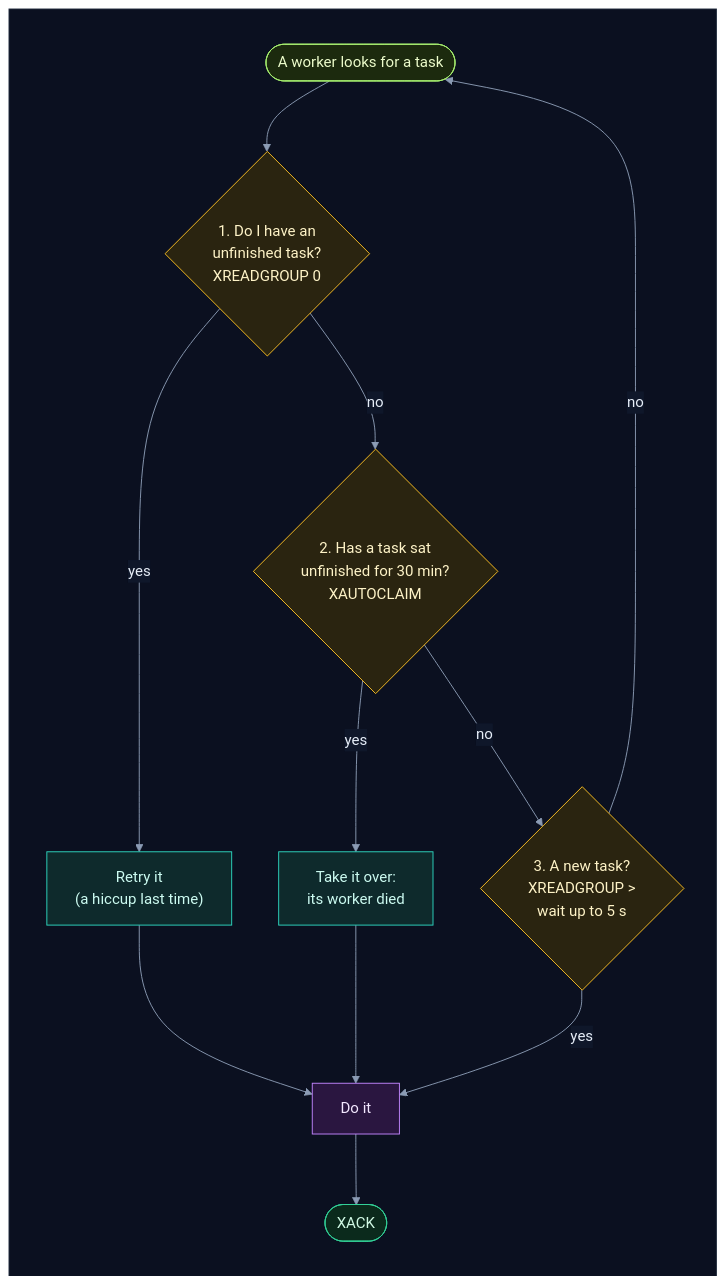
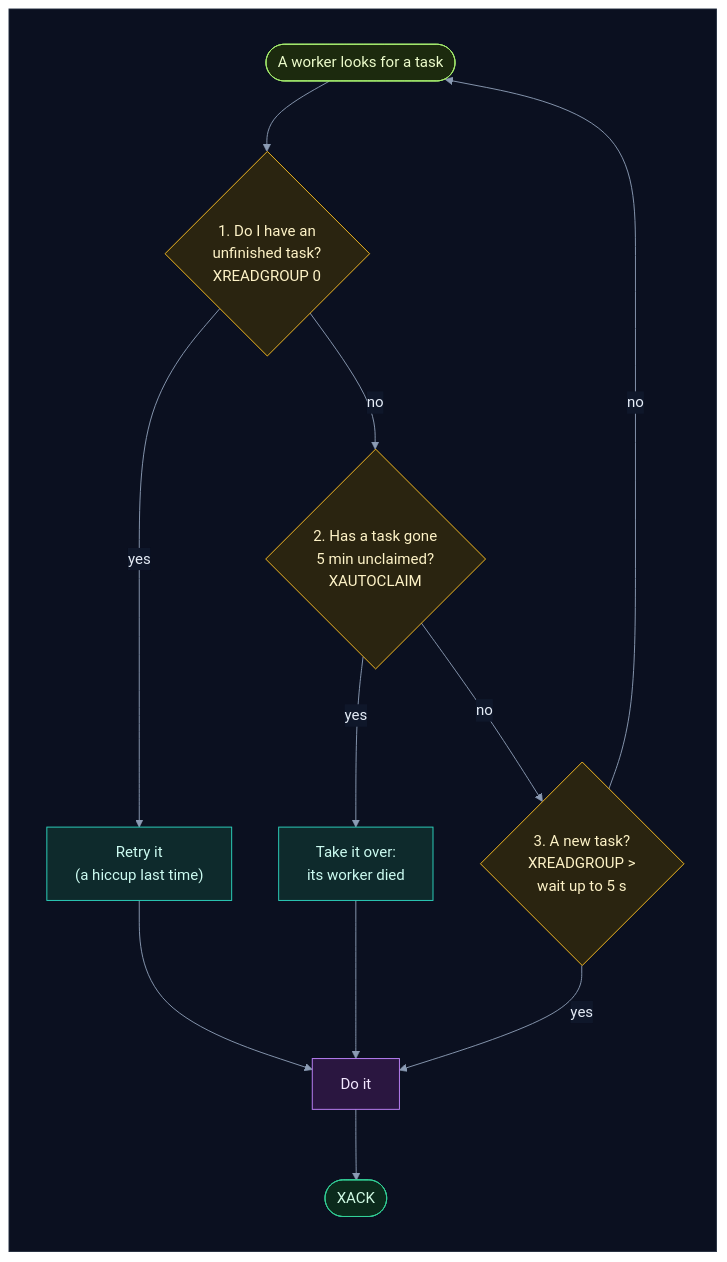
Before and after one commit to selvakumarperumal/Regulatory_Circular_Impact_Agent: the seventh of 14 diagrams in how_the_worker_works.md, drawn with Mermaid. The commit also changed other lines of this file and 4 other files, not shown here.

````diff
--- a/how_the_worker_works.md
+++ b/how_the_worker_works.md
@@ -513,33 +523,33 @@
 ```mermaid
 %%{init: {"theme": "base", "flowchart": {"diagramPadding": 0}, "themeVariables": {"darkMode": true, "primaryColor": "#16213a", "primaryTextColor": "#e6edf7", "primaryBorderColor": "#475a7a", "lineColor": "#8b9bb4", "secondaryColor": "#1b2436", "tertiaryColor": "#101a2e", "edgeLabelBackground": "#0f172a", "textColor": "#e2e8f0", "clusterBkg": "#0f1728", "clusterBorder": "#2b3a55", "titleColor": "#c4b5fd", "nodeTextColor": "#e6edf7"}}}%%
 flowchart TD
     subgraph canvas[" "]
         direction TB
         get(["A worker looks for a task"]) --> own{"1. Do I have an<br/>unfinished task?<br/>XREADGROUP 0"}
         own -->|"yes"| retry["Retry it<br/>(a hiccup last time)"]
-        own -->|"no"| claim{"2. Has a task sat<br/>unfinished for 30 min?<br/>XAUTOCLAIM"}
+        own -->|"no"| claim{"2. Has a task gone<br/>5 min unclaimed?<br/>XAUTOCLAIM"}
         claim -->|"yes"| take["Take it over:<br/>its worker died"]
         claim -->|"no"| new{"3. A new task?<br/>XREADGROUP &gt;<br/>wait up to 5 s"}
         new -->|"yes"| run["Do it"]
         new -->|"no"| get
         retry --> run
         take --> run
         run --> ack(["XACK"])
     end
     classDef svc fill:#0e2a2c,stroke:#2dd4bf,color:#ccfbf1
     classDef data fill:#1c1a47,stroke:#818cf8,color:#e0e7ff
     classDef ext fill:#2a1640,stroke:#c084fc,color:#f3e8ff
     classDef gpu fill:#2d1b0c,stroke:#fb923c,color:#ffedd5
     classDef ask fill:#2a2410,stroke:#fbbf24,color:#fef3c7
     classDef ok fill:#0b2a1c,stroke:#34d399,color:#d1fae5
     classDef bad fill:#2e0f17,stroke:#fb7185,color:#ffe4e6
     classDef start fill:#1c2a0e,stroke:#a7ef6f,color:#ecfccb
     classDef muted fill:#1a2130,stroke:#64748b,color:#cbd5e1
     classDef queue fill:#0c2231,stroke:#38bdf8,color:#e0f2fe
     class get start
     class own,claim,new ask
     class retry,take svc
     class run ext
     class ack ok
     style canvas fill:#0b1020,stroke:#1e293b,color:#0b1020
 ```
````
